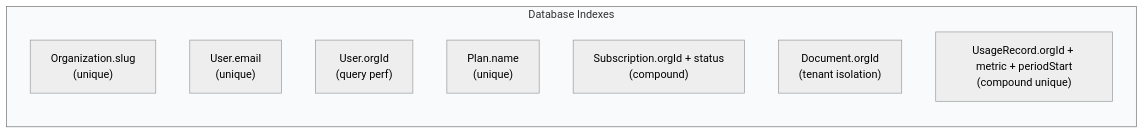
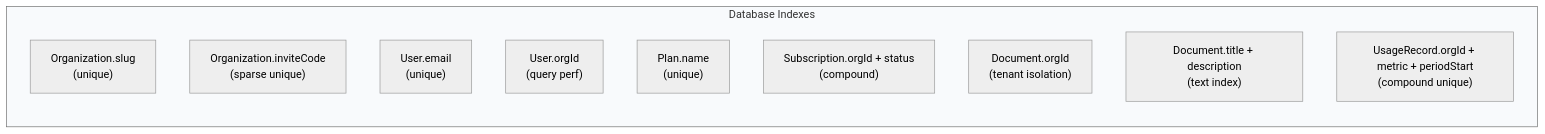
Before and after one commit to Akashog123/docsvault: the second of 2 diagrams in docs/er-diagram.md, drawn with Mermaid (neutral theme). The commit also changed other lines of this file and 4 other files, not shown here.

First line of the commit message:
docs: update all documentation to reflect current architecture

````diff
--- a/docs/er-diagram.md
+++ b/docs/er-diagram.md
@@ -86,14 +90,16 @@
 ```mermaid
 graph LR
     subgraph Indexes["Database Indexes"]
         I1["Organization.slug<br/>(unique)"]
-        I2["User.email<br/>(unique)"]
-        I3["User.orgId<br/>(query perf)"]
-        I4["Plan.name<br/>(unique)"]
-        I5["Subscription.orgId + status<br/>(compound)"]
-        I6["Document.orgId<br/>(tenant isolation)"]
-        I7["UsageRecord.orgId + metric + periodStart<br/>(compound unique)"]
+        I2["Organization.inviteCode<br/>(sparse unique)"]
+        I3["User.email<br/>(unique)"]
+        I4["User.orgId<br/>(query perf)"]
+        I5["Plan.name<br/>(unique)"]
+        I6["Subscription.orgId + status<br/>(compound)"]
+        I7["Document.orgId<br/>(tenant isolation)"]
+        I8["Document.title + description<br/>(text index)"]
+        I9["UsageRecord.orgId + metric + periodStart<br/>(compound unique)"]
     end
 
     style Indexes fill:#f8fafc
 ```
````
